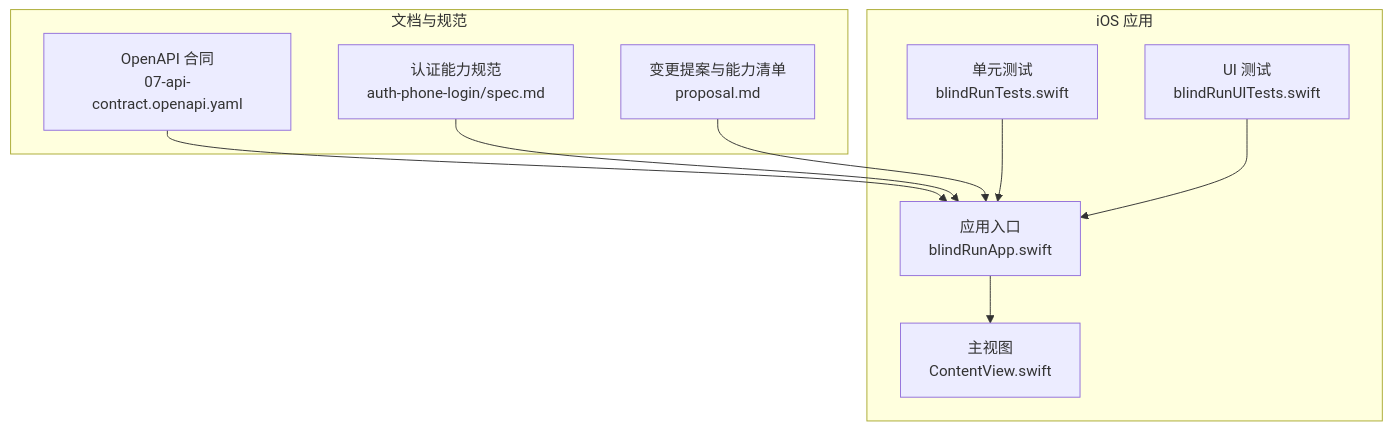
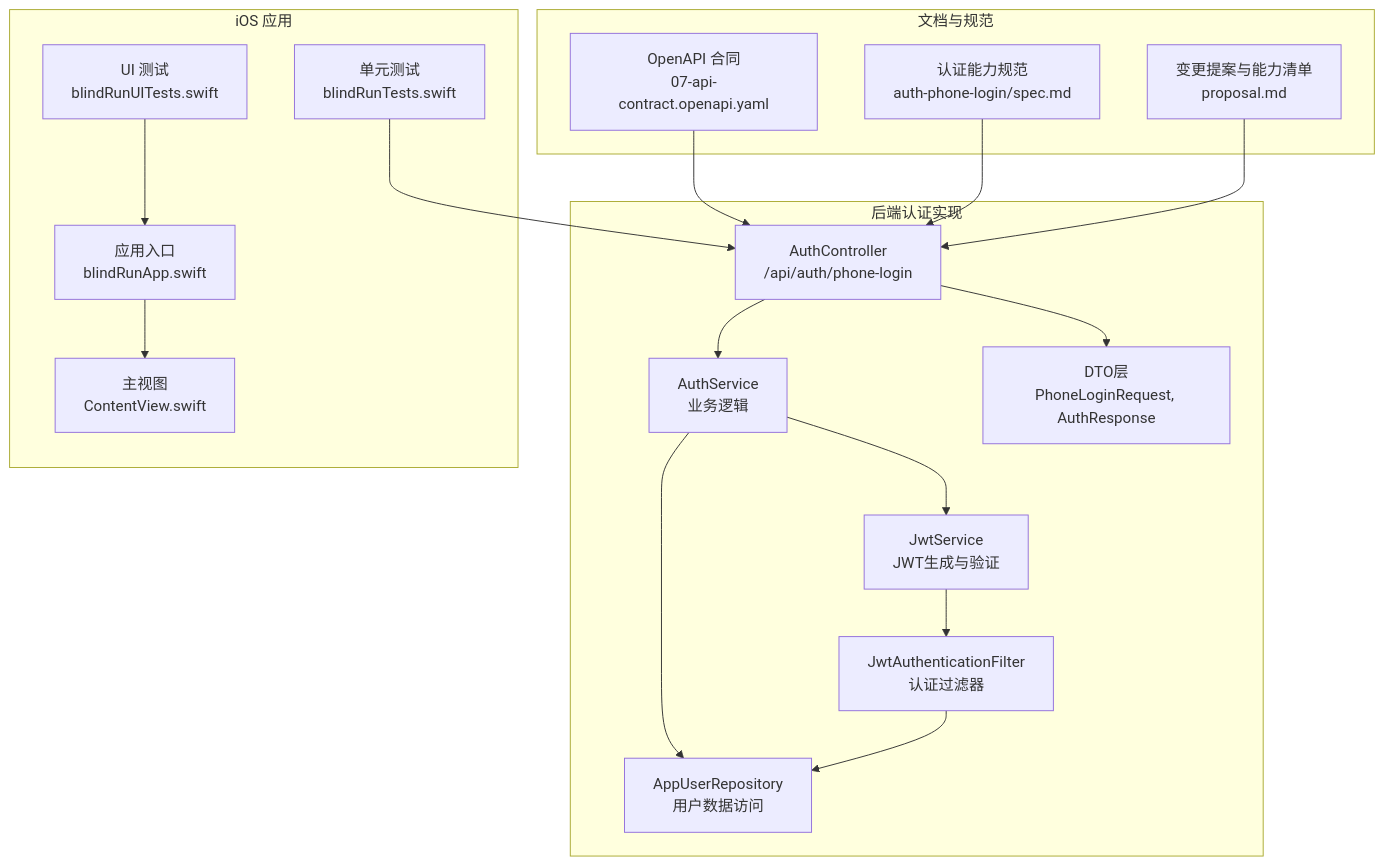
Before and after one commit to Jayden23018/blind-run-ios: the first of 6 diagrams in .qoder/repowiki/zh/content/API 接口文档/认证接口.md, drawn with Mermaid. The commit also changed other lines of this file and 22 other files, not shown here.

````diff
--- a/.qoder/repowiki/zh/content/API 接口文档/认证接口.md
+++ b/.qoder/repowiki/zh/content/API 接口文档/认证接口.md
@@ -38,20 +62,34 @@
 ```mermaid
 graph TB
+subgraph "后端认证实现"
+CTRL["AuthController<br/>/api/auth/phone-login"]
+SVR["AuthService<br/>业务逻辑"]
+JWT["JwtService<br/>JWT生成与验证"]
+FILTER["JwtAuthenticationFilter<br/>认证过滤器"]
+REPO["AppUserRepository<br/>用户数据访问"]
+DTO["DTO层<br/>PhoneLoginRequest, AuthResponse"]
+end
 subgraph "文档与规范"
 OAS["OpenAPI 合同<br/>07-api-contract.openapi.yaml"]
 SPEC_AUTH["认证能力规范<br/>auth-phone-login/spec.md"]
 PROPOSAL["变更提案与能力清单<br/>proposal.md"]
 end
 subgraph "iOS 应用"
 APP["应用入口<br/>blindRunApp.swift"]
 VIEW["主视图<br/>ContentView.swift"]
 TESTS["单元测试<br/>blindRunTests.swift"]
 UITESTS["UI 测试<br/>blindRunUITests.swift"]
 end
-OAS --> APP
-SPEC_AUTH --> APP
-PROPOSAL --> APP
+CTRL --> SVR
+SVR --> JWT
+SVR --> REPO
+CTRL --> DTO
+JWT --> FILTER
+FILTER --> REPO
+OAS --> CTRL
+SPEC_AUTH --> CTRL
+PROPOSAL --> CTRL
 APP --> VIEW
-TESTS --> APP
+TESTS --> CTRL
 UITESTS --> APP
 ```
````
